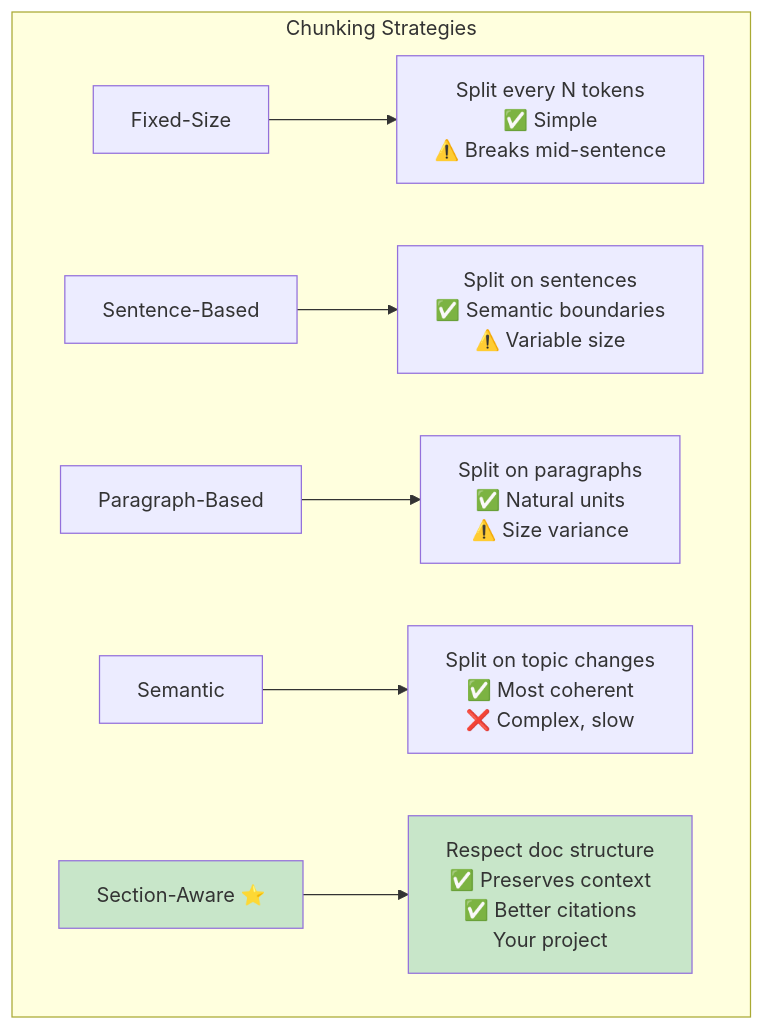
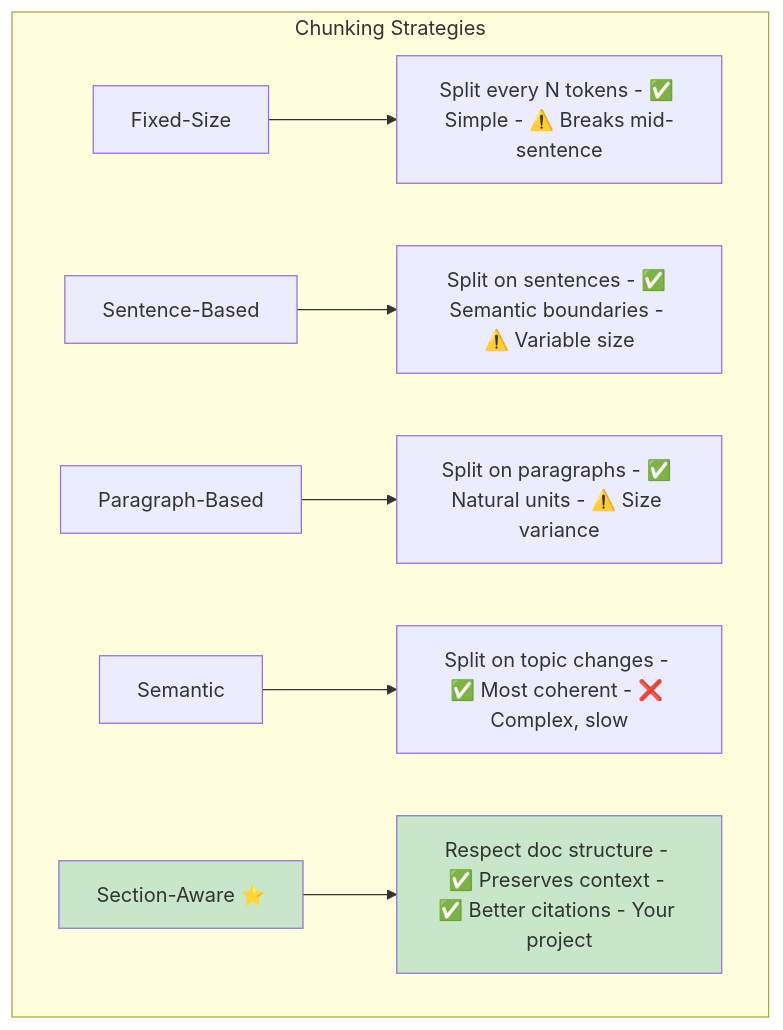
One commit to indhra/llm_rag_sec_findings changed the fifth of 15 diagrams in docs/learning/03-rag-fundamentals.md. Above: the diagram before and after it, drawn with Mermaid. The commit also changed other lines of this file and 9 other files, not shown here.

````diff
--- a/docs/learning/03-rag-fundamentals.md
+++ b/docs/learning/03-rag-fundamentals.md
@@ -157,17 +157,17 @@
 ```mermaid
 graph TD
     subgraph "Chunking Strategies"
-        S1[Fixed-Size] --> D1[Split every N tokens<br/>✅ Simple<br/>⚠️ Breaks mid-sentence]
+        S1[Fixed-Size] --> D1[Split every N tokens - ✅ Simple - ⚠️ Breaks mid-sentence]
         
-        S2[Sentence-Based] --> D2[Split on sentences<br/>✅ Semantic boundaries<br/>⚠️ Variable size]
+        S2[Sentence-Based] --> D2[Split on sentences - ✅ Semantic boundaries - ⚠️ Variable size]
         
-        S3[Paragraph-Based] --> D3[Split on paragraphs<br/>✅ Natural units<br/>⚠️ Size variance]
+        S3[Paragraph-Based] --> D3[Split on paragraphs - ✅ Natural units - ⚠️ Size variance]
         
-        S4[Semantic] --> D4[Split on topic changes<br/>✅ Most coherent<br/>❌ Complex, slow]
+        S4[Semantic] --> D4[Split on topic changes - ✅ Most coherent - ❌ Complex, slow]
         
-        S5[Section-Aware ⭐] --> D5[Respect doc structure<br/>✅ Preserves context<br/>✅ Better citations<br/>Your project]
+        S5[Section-Aware ⭐] --> D5[Respect doc structure - ✅ Preserves context - ✅ Better citations - Your project]
     end
     
     style S5 fill:#c8e6c9
     style D5 fill:#c8e6c9
 ```
````
